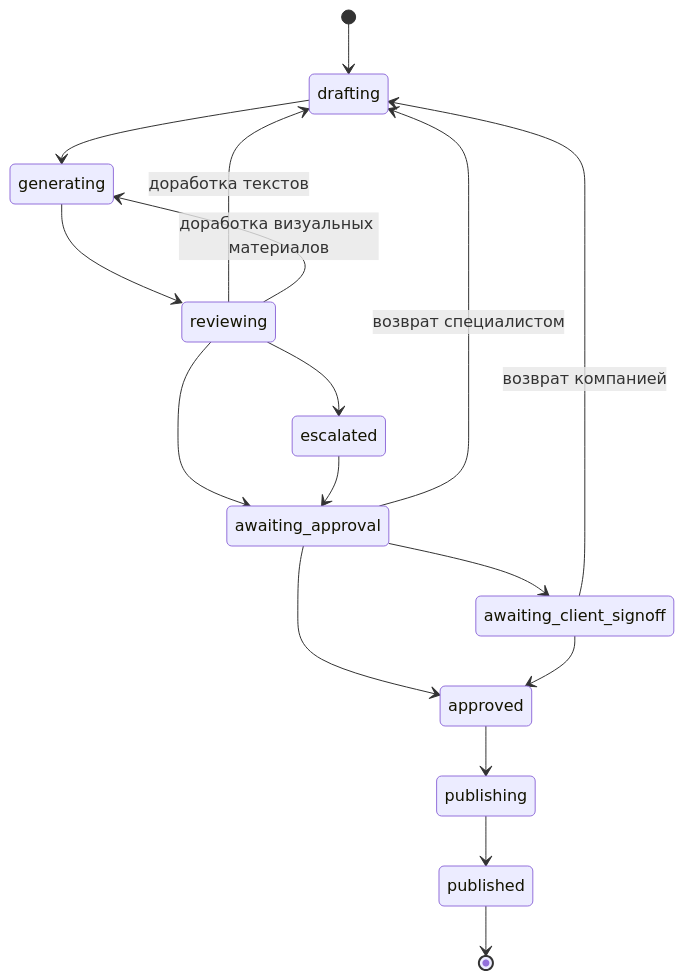
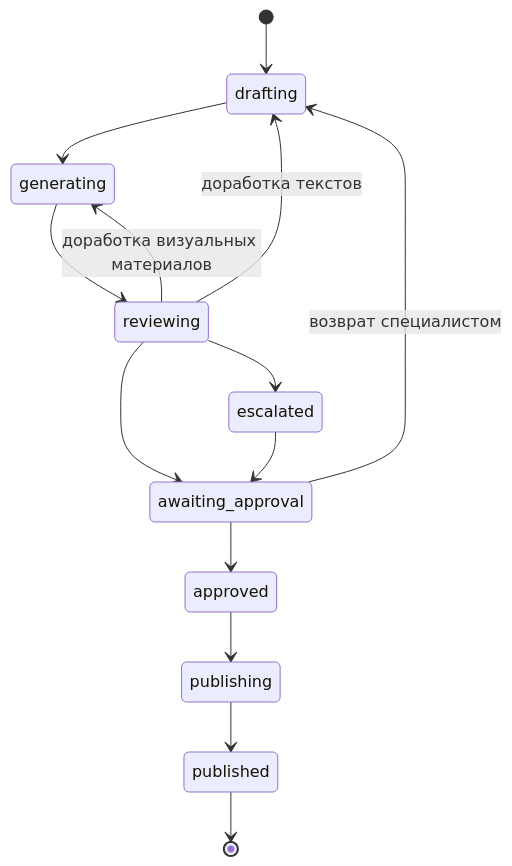
One commit to erzetix/Erzetix-AI-Studio-B2B changed the third of 3 diagrams in docs/ARCHITECTURE.md. Above: the diagram before and after it, drawn with Mermaid. The commit also changed other lines of this file and 25 other files, not shown here.

````diff
--- a/docs/ARCHITECTURE.md
+++ b/docs/ARCHITECTURE.md
@@ -66,19 +66,16 @@
 ```mermaid
 stateDiagram-v2
     [*] --> drafting
     drafting --> generating
     generating --> reviewing
     reviewing --> drafting: доработка текстов
     reviewing --> generating: доработка визуальных материалов
     reviewing --> awaiting_approval
     reviewing --> escalated
     escalated --> awaiting_approval
     awaiting_approval --> approved
-    awaiting_approval --> awaiting_client_signoff
     awaiting_approval --> drafting: возврат специалистом
-    awaiting_client_signoff --> approved
-    awaiting_client_signoff --> drafting: возврат компанией
     approved --> publishing
     publishing --> published
     published --> [*]
 ```
````
